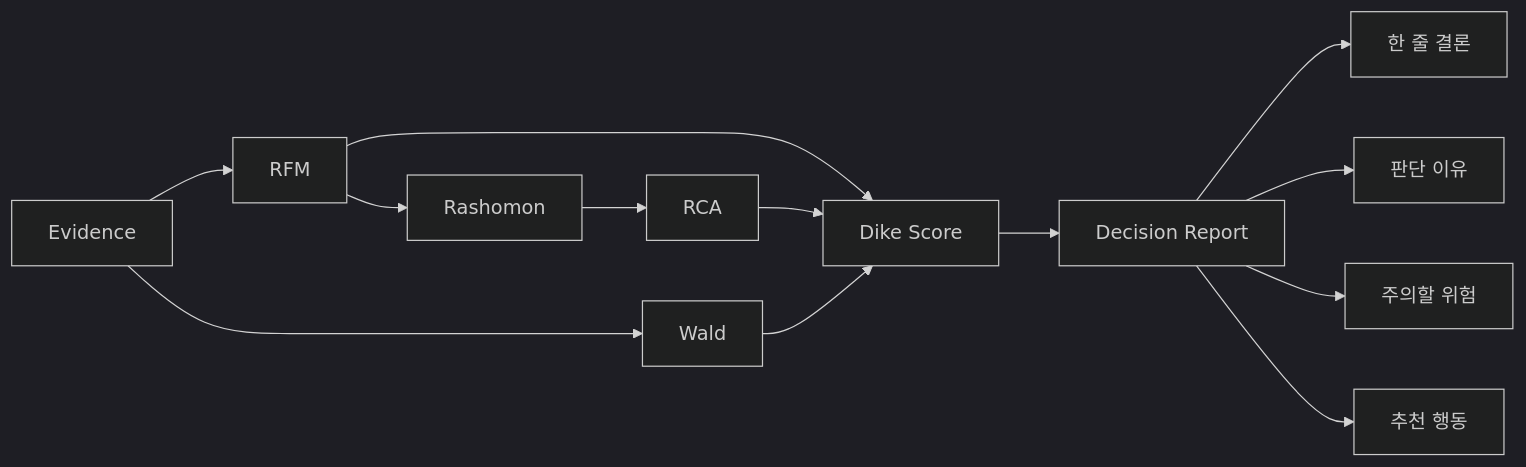
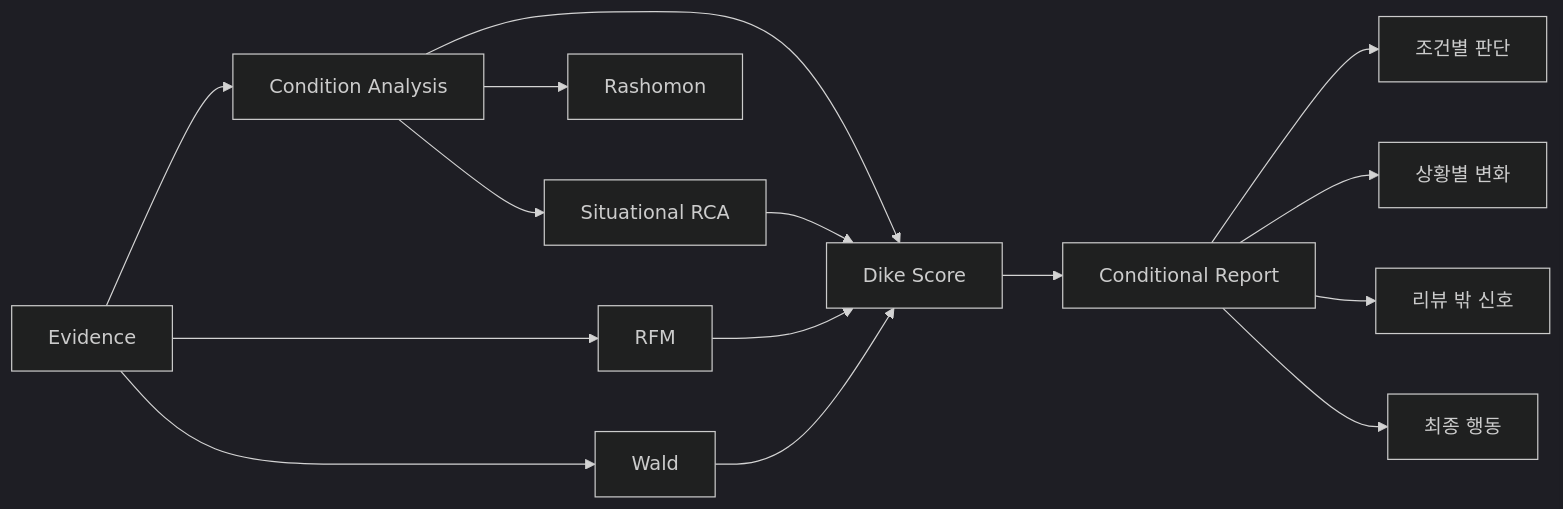
Before and after one commit to dooyoung94/dikes-eye-poc: the diagram in docs/DECISION_REPORT.md, drawn with Mermaid (dark theme). The commit also changed other lines of this file, not shown here.

Commit message:
Redesign decision report around user conditions

````diff
--- a/docs/DECISION_REPORT.md
+++ b/docs/DECISION_REPORT.md
@@ -182,16 +256,19 @@
 ```mermaid
 flowchart LR
-    E[Evidence] --> RFM[RFM]
-    RFM --> RA[Rashomon]
-    RA --> RCA[RCA]
+    E[Evidence] --> CA[Condition Analysis]
+    E --> RFM[RFM]
+    CA --> RA[Rashomon]
+    CA --> RCA[Situational RCA]
     E --> W[Wald]
-    RFM --> D[Dike Score]
+
+    CA --> D[Dike Score]
     RCA --> D
+    RFM --> D
     W --> D
-    D --> REP[Decision Report]
 
-    REP --> A[한 줄 결론]
-    REP --> B[판단 이유]
-    REP --> C[주의할 위험]
-    REP --> D2[추천 행동]
+    D --> REP[Conditional Report]
+    REP --> C1[조건별 판단]
+    REP --> C2[상황별 변화]
+    REP --> C3[리뷰 밖 신호]
+    REP --> C4[최종 행동]
 ```
````
